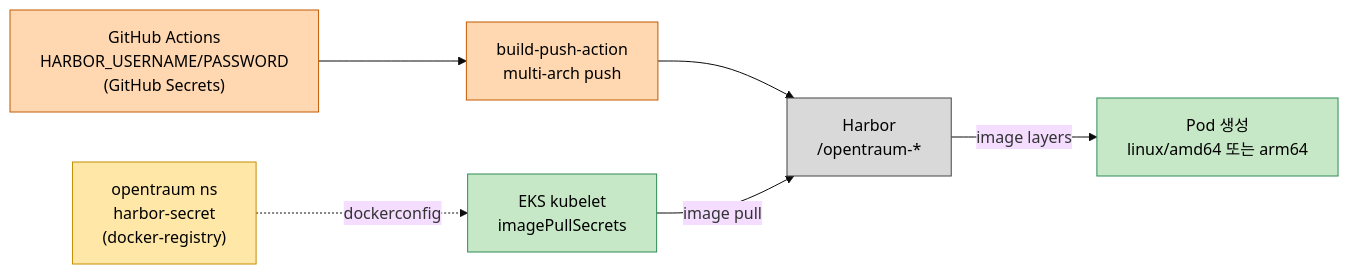
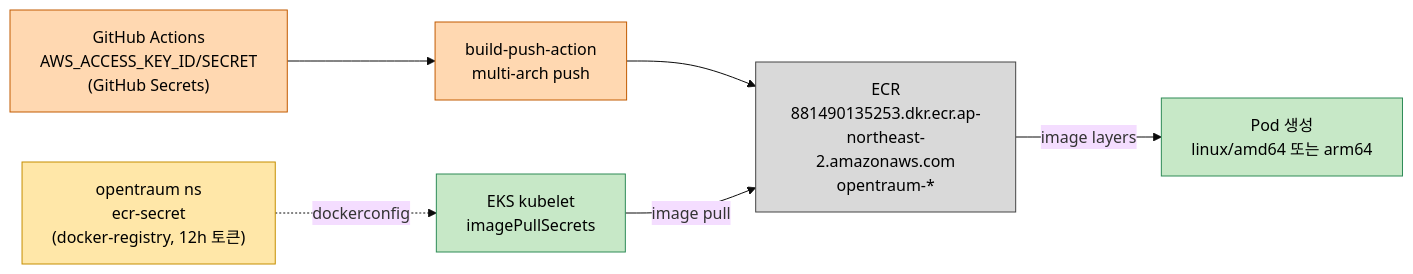
One commit to OpenTraum/OpenTraum-Infra changed the third of 5 diagrams in docs/OPENTRAUM-INFRA-07-CICD.md. Above: the diagram before and after it, drawn with Mermaid (base theme). The commit also changed other lines of this file and 12 other files, not shown here.

````diff
--- a/docs/OPENTRAUM-INFRA-07-CICD.md
+++ b/docs/OPENTRAUM-INFRA-07-CICD.md
@@ -613,19 +616,19 @@
 ```mermaid
 flowchart LR
   classDef ci fill:#FFD8B1,stroke:#C25A00,color:#000;
-  classDef harbor fill:#D9D9D9,stroke:#444,color:#000;
+  classDef ecr fill:#D9D9D9,stroke:#444,color:#000;
   classDef sec fill:#FFE7A8,stroke:#C58E00,color:#000;
   classDef app fill:#C7E8C7,stroke:#2E8B57,color:#000;
 
-  GHA["GitHub Actions<br/>HARBOR_USERNAME/PASSWORD<br/>(GitHub Secrets)"]:::ci
+  GHA["GitHub Actions<br/>AWS_ACCESS_KEY_ID/SECRET<br/>(GitHub Secrets)"]:::ci
   Push["build-push-action<br/>multi-arch push"]:::ci
-  Harbor["Harbor<br/><HARBOR_PROJECT>/opentraum-*"]:::harbor
-  Secret["opentraum ns<br/>harbor-secret<br/>(docker-registry)"]:::sec
+  ECR["ECR<br/>881490135253.dkr.ecr.ap-northeast-2.amazonaws.com<br/><ECR_REPOSITORY_PREFIX>opentraum-*"]:::ecr
+  Secret["opentraum ns<br/>ecr-secret<br/>(docker-registry, 12h 토큰)"]:::sec
   Kubelet["EKS kubelet<br/>imagePullSecrets"]:::app
   Pod["Pod 생성<br/>linux/amd64 또는 arm64"]:::app
 
-  GHA --> Push --> Harbor
+  GHA --> Push --> ECR
   Secret -.dockerconfig.-> Kubelet
-  Kubelet --image pull--> Harbor
-  Harbor --image layers--> Pod
+  Kubelet --image pull--> ECR
+  ECR --image layers--> Pod
 ```
````
